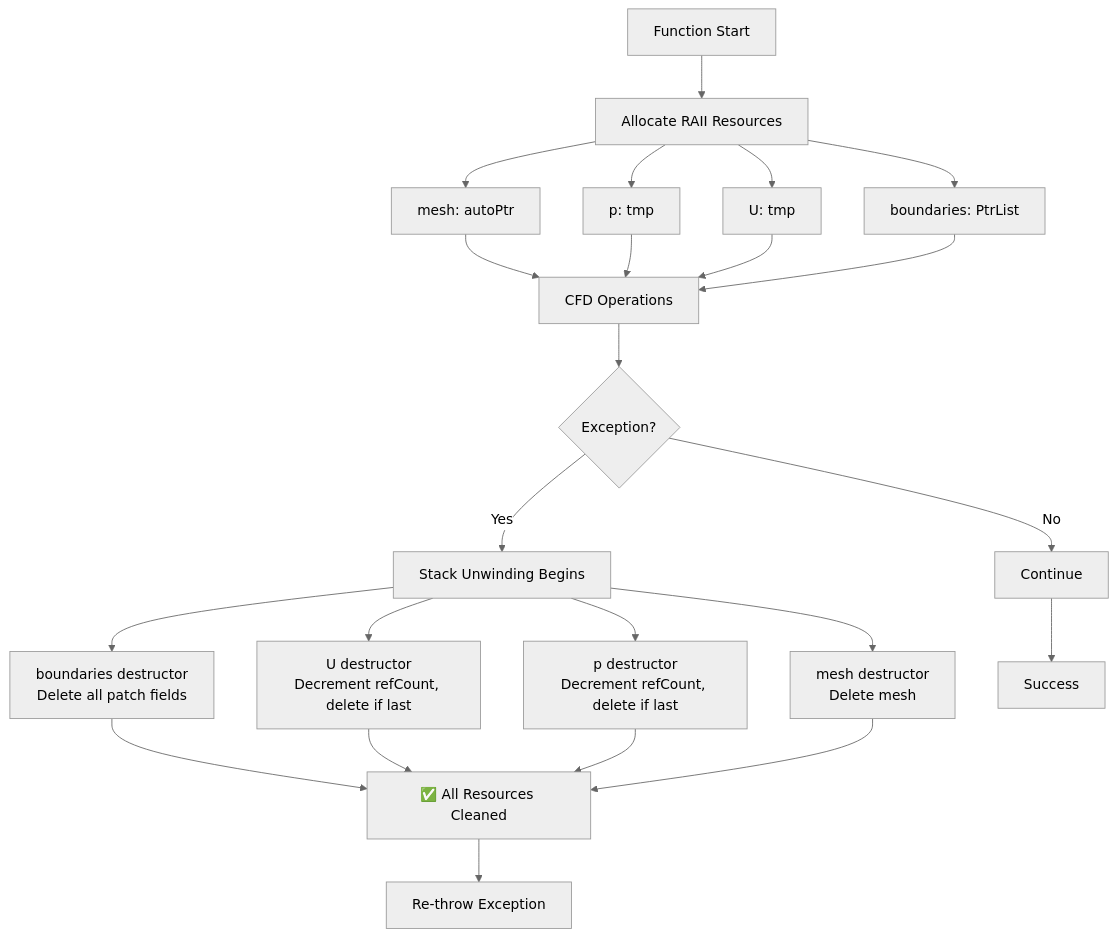
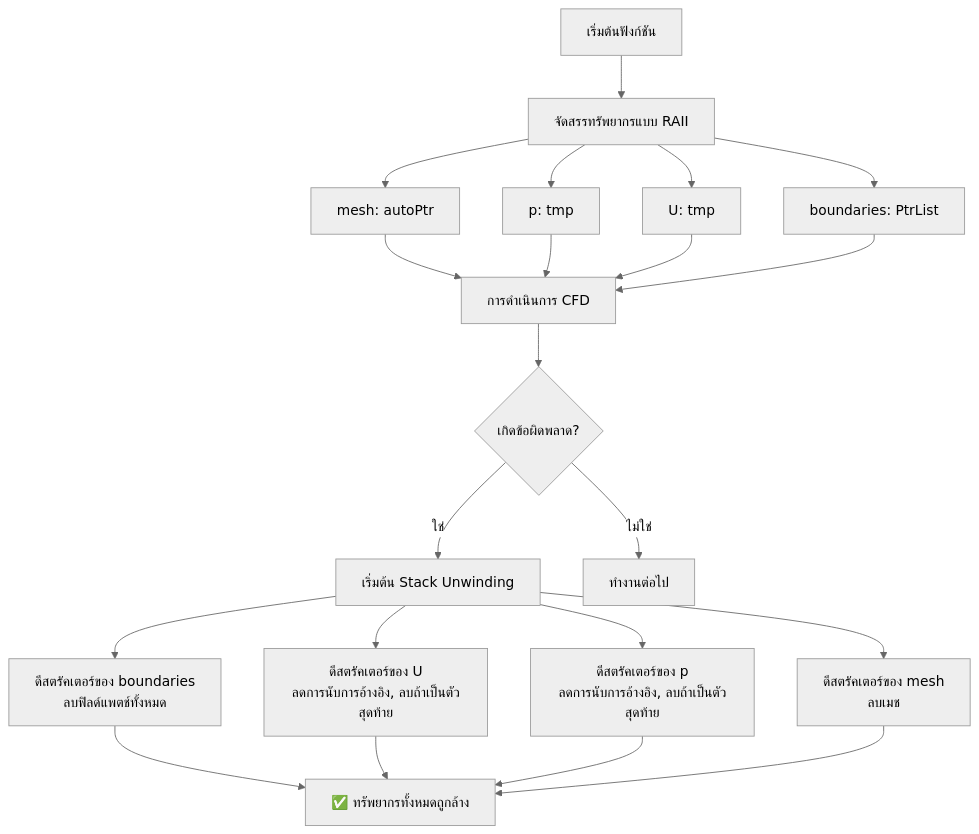
The third of 3 diagrams in MODULE_05_OPENFOAM_PROGRAMMING/CONTENT/03_CONTAINERS_MEMORY/04_Integration_and_Best_Practices.md (wramet/build-my-cfd), drawn with Mermaid (neutral theme) before and after one commit. The commit also changed other lines of this file and 104 other files, not shown here.

````diff
--- a/MODULE_05_OPENFOAM_PROGRAMMING/CONTENT/03_CONTAINERS_MEMORY/04_Integration_and_Best_Practices.md
+++ b/MODULE_05_OPENFOAM_PROGRAMMING/CONTENT/03_CONTAINERS_MEMORY/04_Integration_and_Best_Practices.md
@@ -414,30 +216,27 @@
 ```mermaid
 flowchart TD
-    A[Function Start] --> B[Allocate RAII Resources]
+    A[เริ่มต้นฟังก์ชัน] --> B[จัดสรรทรัพยากรแบบ RAII]
     B --> C1[mesh: autoPtr]
     B --> C2[p: tmp]
     B --> C3[U: tmp]
     B --> C4[boundaries: PtrList]
 
-    C1 --> D[CFD Operations]
+    C1 --> D[การดำเนินการ CFD]
     C2 --> D
     C3 --> D
     C4 --> D
 
-    D --> E{Exception?}
-    E -->|Yes| F[Stack Unwinding Begins]
-    E -->|No| G[Continue]
+    D --> E{เกิดข้อผิดพลาด?}
+    E -->|ใช่| F[เริ่มต้น Stack Unwinding]
+    E -->|ไม่ใช่| G[ทำงานต่อไป]
 
-    F --> H1[boundaries destructor<br/>Delete all patch fields]
-    F --> H2[U destructor<br/>Decrement refCount, delete if last]
-    F --> H3[p destructor<br/>Decrement refCount, delete if last]
-    F --> H4[mesh destructor<br/>Delete mesh]
+    F --> H1[ดีสตรัคเตอร์ของ boundaries<br/>ลบฟิลด์แพตช์ทั้งหมด]
+    F --> H2[ดีสตรัคเตอร์ของ U<br/>ลดการนับการอ้างอิง, ลบถ้าเป็นตัวสุดท้าย]
+    F --> H3[ดีสตรัคเตอร์ของ p<br/>ลดการนับการอ้างอิง, ลบถ้าเป็นตัวสุดท้าย]
+    F --> H4[ดีสตรัคเตอร์ของ mesh<br/>ลบเมช]
 
-    H1 --> I[✅ All Resources Cleaned]
+    H1 --> I[✅ ทรัพยากรทั้งหมดถูกล้าง]
     H2 --> I
     H3 --> I
     H4 --> I
-
-    G --> J[Success]
-    I --> K[Re-throw Exception]
 ```
````
